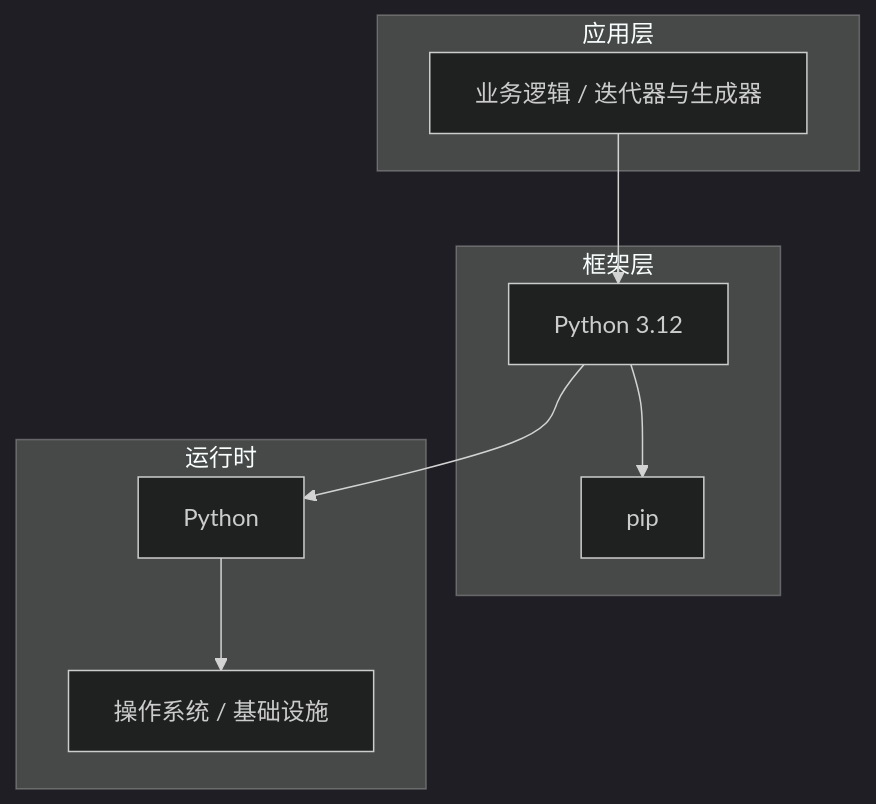
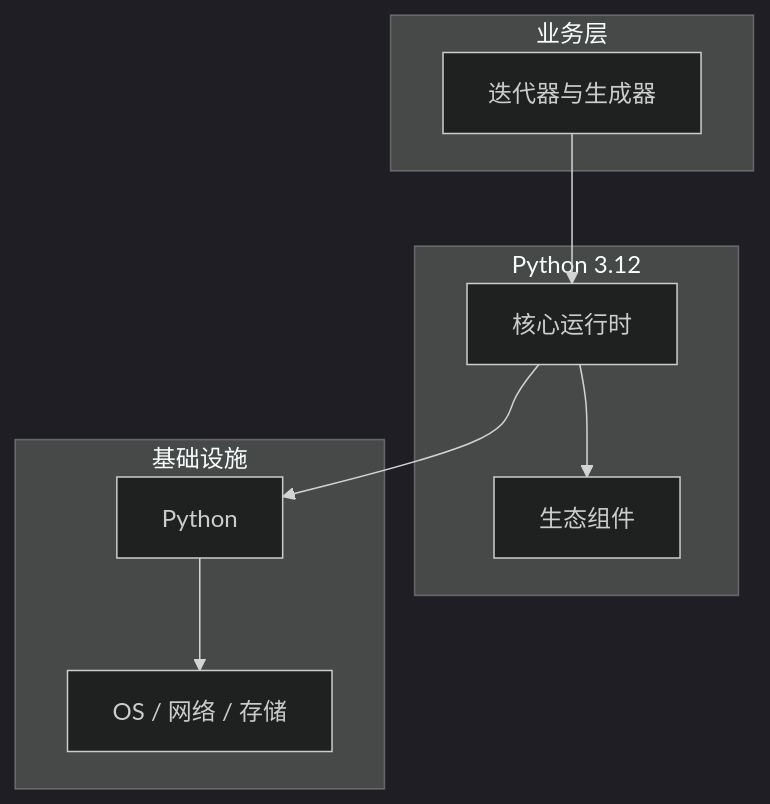
Before and after one commit to yanggan2015/knowledge-json-v2: the diagram in articles/Python核心/chapters/110-迭代器与生成器核心概念与原理.md, drawn with Mermaid (dark theme). The commit also changed other lines of this file and 10127 other files, not shown here.

````diff
--- a/articles/Python核心/chapters/110-迭代器与生成器核心概念与原理.md
+++ b/articles/Python核心/chapters/110-迭代器与生成器核心概念与原理.md
@@ -45,18 +34,18 @@
 ```mermaid
 graph TB
-    subgraph 应用层
-        A[业务逻辑 / 迭代器与生成器]
+    subgraph 业务层
+        A[迭代器与生成器]
     end
-    subgraph 框架层
-        B[Python 3.12]
-        C[pip]
+    subgraph Python 3.12
+        B[核心运行时]
+        C[生态组件]
     end
-    subgraph 运行时
+    subgraph 基础设施
         D[Python]
-        E[操作系统 / 基础设施]
+        E[OS / 网络 / 存储]
     end
     A --> B
     B --> C
     B --> D
     D --> E
 ```
````
